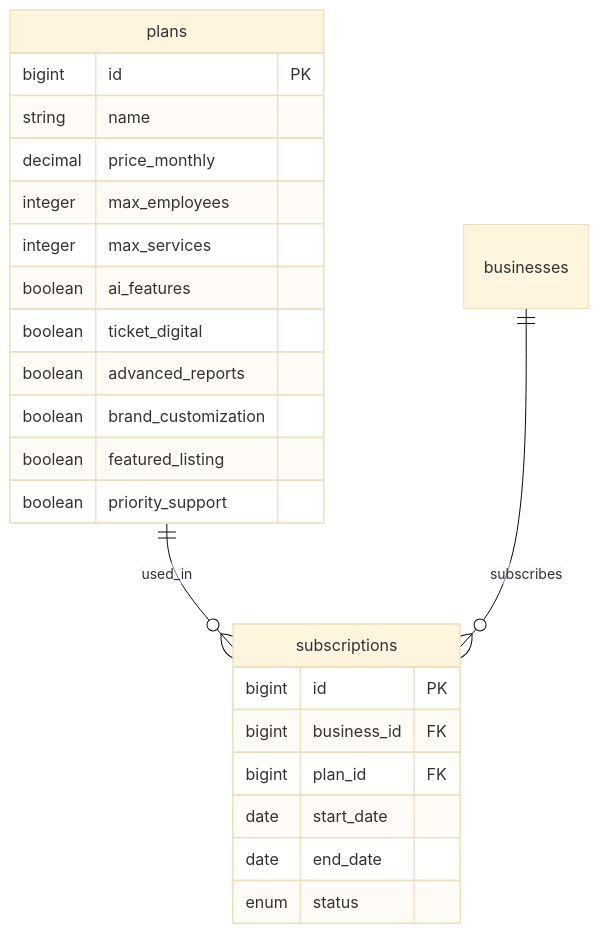
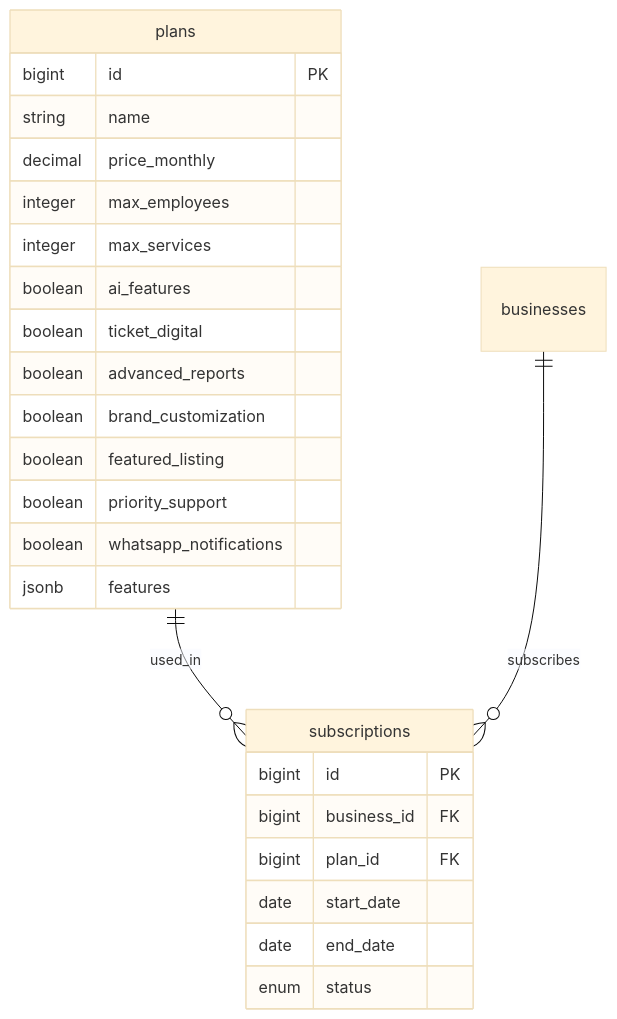
Before and after one commit to aaltamar12/agendify: the diagram in docs/tech/sistema-planes.md, drawn with Mermaid (base theme). The commit also changed other lines of this file and 14 other files, not shown here.

````diff
--- a/docs/tech/sistema-planes.md
+++ b/docs/tech/sistema-planes.md
@@ -32,28 +76,30 @@
 ```mermaid
 erDiagram
     plans ||--o{ subscriptions : "used_in"
     businesses ||--o{ subscriptions : "subscribes"
 
     plans {
         bigint id PK
         string name
         decimal price_monthly
         integer max_employees
         integer max_services
         boolean ai_features
         boolean ticket_digital
         boolean advanced_reports
         boolean brand_customization
         boolean featured_listing
         boolean priority_support
+        boolean whatsapp_notifications
+        jsonb features
     }
 
     subscriptions {
         bigint id PK
         bigint business_id FK
         bigint plan_id FK
         date start_date
         date end_date
         enum status
     }
 ```
````
